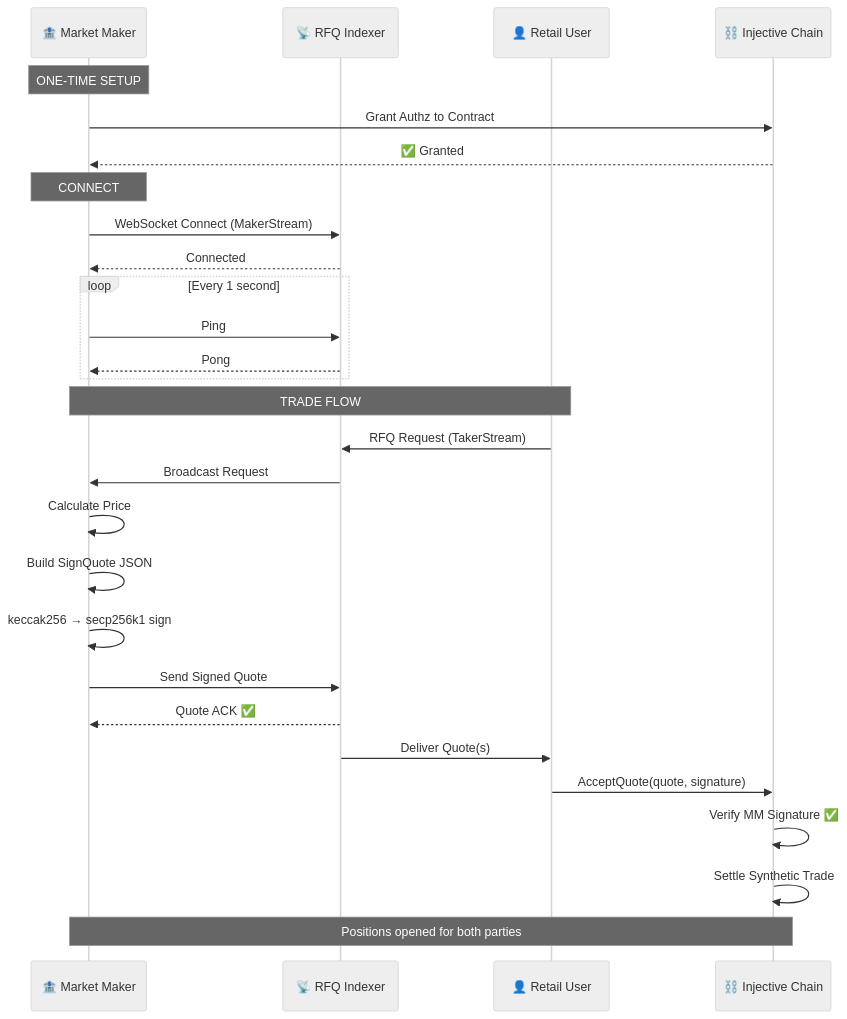
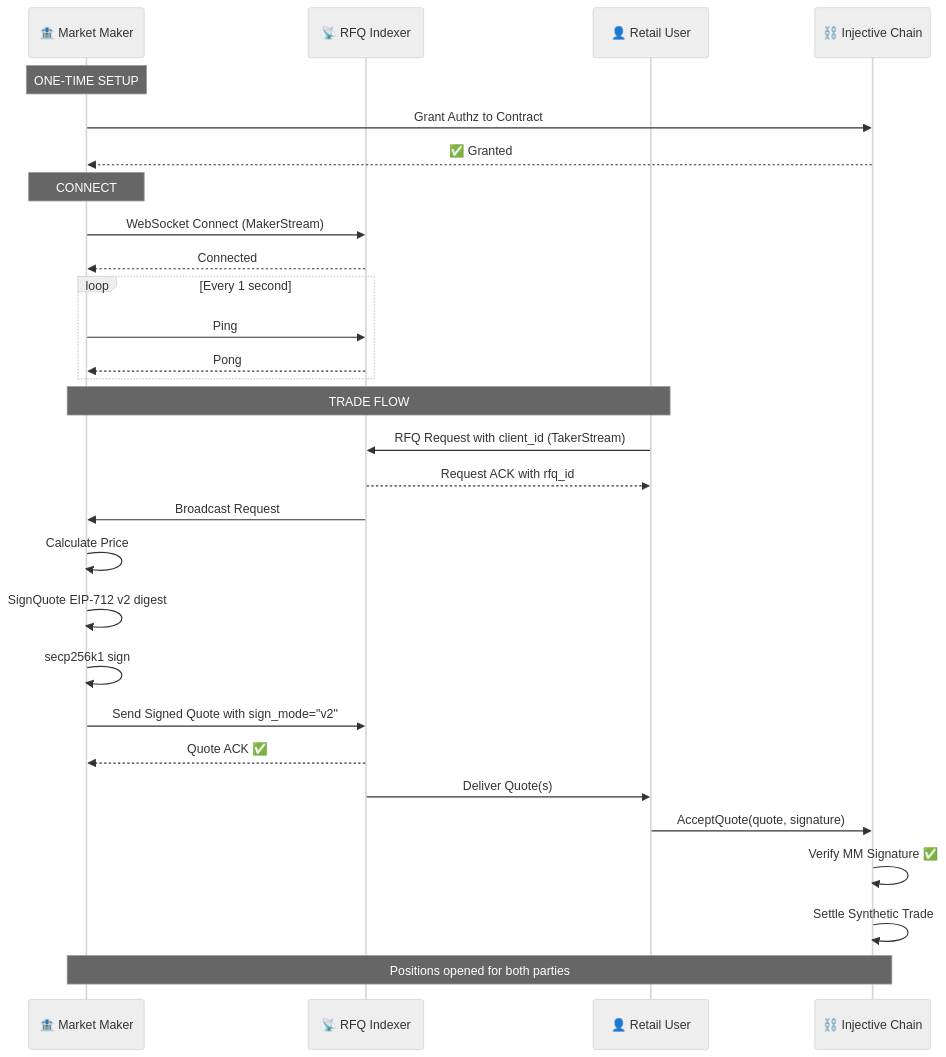
Before and after one commit to TrueCurrent/truecurrent-docs: the first of 2 diagrams in mintlify/market-makers/integration/protocol-reference.md, drawn with Mermaid (neutral theme). The commit also changed other lines of this file and 32 other files, not shown here.

````diff
--- a/mintlify/market-makers/integration/protocol-reference.md
+++ b/mintlify/market-makers/integration/protocol-reference.md
@@ -9,33 +9,34 @@
 ```mermaid
 sequenceDiagram
     participant MM as 🏦 Market Maker
     participant IDX as 📡 RFQ Indexer
     participant Taker as 👤 Retail User
     participant Chain as ⛓️ Injective Chain
 
     Note over MM: ONE-TIME SETUP
     MM->>Chain: Grant Authz to Contract
     Chain-->>MM: ✅ Granted
 
     Note over MM: CONNECT
     MM->>IDX: WebSocket Connect (MakerStream)
     IDX-->>MM: Connected
     loop Every 1 second
         MM->>IDX: Ping
         IDX-->>MM: Pong
     end
 
     Note over Taker,MM: TRADE FLOW
-    Taker->>IDX: RFQ Request (TakerStream)
+    Taker->>IDX: RFQ Request with client_id (TakerStream)
+    IDX-->>Taker: Request ACK with rfq_id
     IDX->>MM: Broadcast Request
     MM->>MM: Calculate Price
-    MM->>MM: Build SignQuote JSON
-    MM->>MM: keccak256 → secp256k1 sign
-    MM->>IDX: Send Signed Quote
+    MM->>MM: SignQuote EIP-712 v2 digest
+    MM->>MM: secp256k1 sign
+    MM->>IDX: Send Signed Quote with sign_mode="v2"
     IDX-->>MM: Quote ACK ✅
     IDX->>Taker: Deliver Quote(s)
     Taker->>Chain: AcceptQuote(quote, signature)
     Chain->>Chain: Verify MM Signature ✅
     Chain->>Chain: Settle Synthetic Trade
     Note over MM,Chain: Positions opened for both parties
 ```
````
